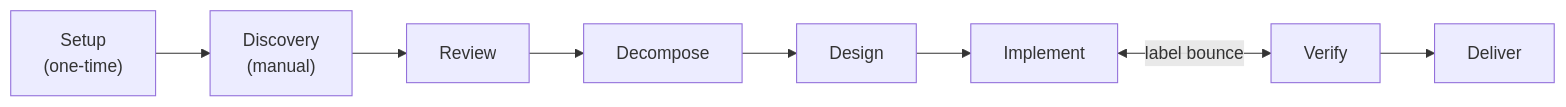
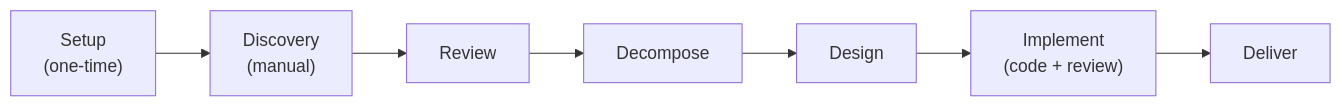
Before and after one commit to themachinagod/andgasm-claude-orchestration-project: the first of 15 diagrams in docs/research/pipeline-redesign-v2.md, drawn with Mermaid. The commit also changed other lines of this file and 19 other files, not shown here.

````diff
--- a/docs/research/pipeline-redesign-v2.md
+++ b/docs/research/pipeline-redesign-v2.md
@@ -19,10 +20,9 @@
 ```mermaid
 flowchart LR
     SETUP["Setup<br/>(one-time)"] --> DISC["Discovery<br/>(manual)"]
     DISC --> REV["Review"]
     REV --> DEC["Decompose"]
     DEC --> DES["Design"]
-    DES --> IMP["Implement"]
-    IMP <-->|"label bounce"| VER["Verify"]
-    VER --> DEL["Deliver"]
+    DES --> IMP["Implement<br/>(code + review)"]
+    IMP --> DEL["Deliver"]
 ```
````
